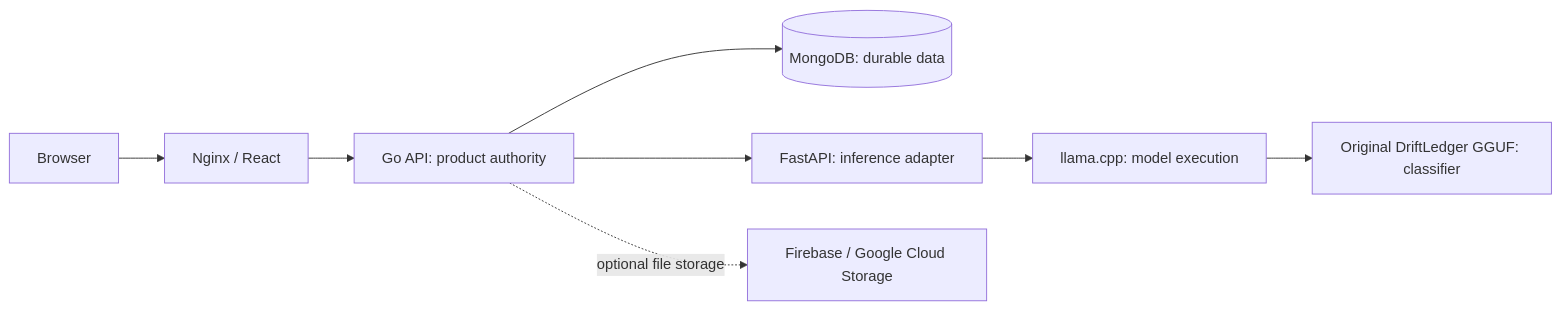
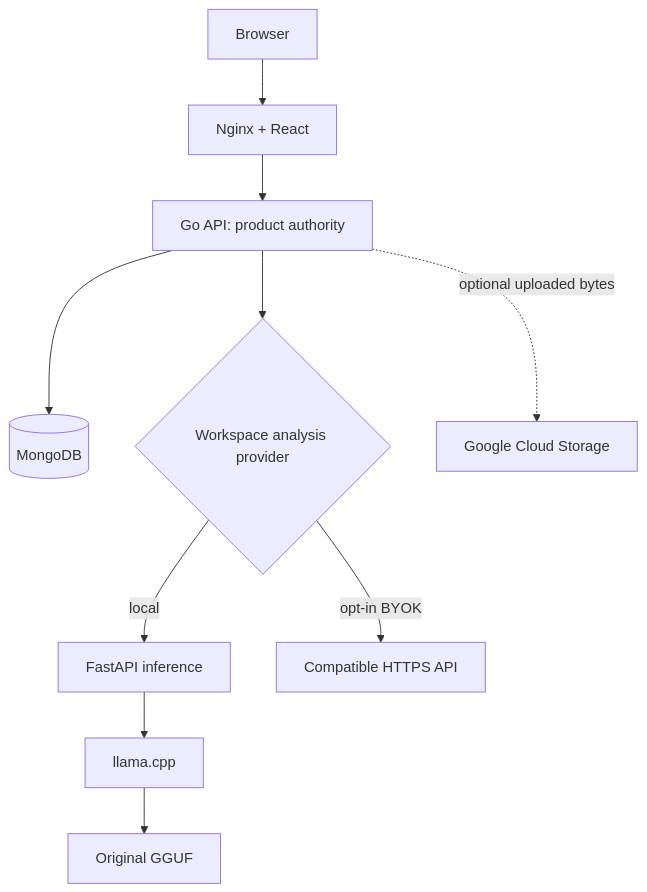
One commit to muneeb-anjum0/Drift changed the first of 2 diagrams in README.md. Above: the diagram before and after it, drawn with Mermaid. The commit also changed other lines of this file and 97 other files, not shown here.

````diff
--- a/README.md
+++ b/README.md
@@ -13,10 +25,12 @@
 ```mermaid
-flowchart LR
-    Browser[Browser] --> UI[Nginx / React]
-    UI --> API[Go API: product authority]
-    API --> DB[(MongoDB: durable data)]
-    API --> Inference[FastAPI: inference adapter]
-    Inference --> Llama[llama.cpp: model execution]
-    Llama --> GGUF[Original DriftLedger GGUF: classifier]
-    API -. optional file storage .-> GCS[Firebase / Google Cloud Storage]
+flowchart TB
+    Browser --> Frontend["Nginx + React"]
+    Frontend --> API["Go API: product authority"]
+    API --> Mongo[(MongoDB)]
+    API --> Provider{Workspace analysis provider}
+    Provider -->|local| FastAPI[FastAPI inference]
+    FastAPI --> Llama[llama.cpp]
+    Llama --> GGUF[Original GGUF]
+    Provider -->|opt-in BYOK| External[Compatible HTTPS API]
+    API -. optional uploaded bytes .-> Storage[Google Cloud Storage]
 ```
````
